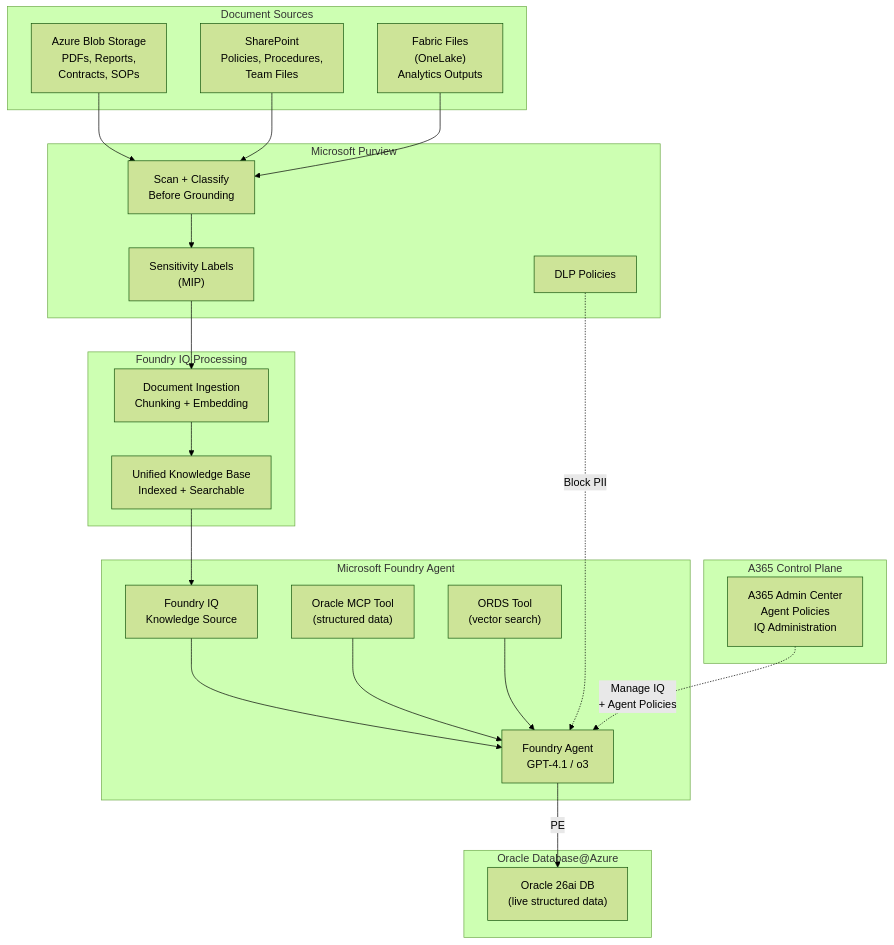
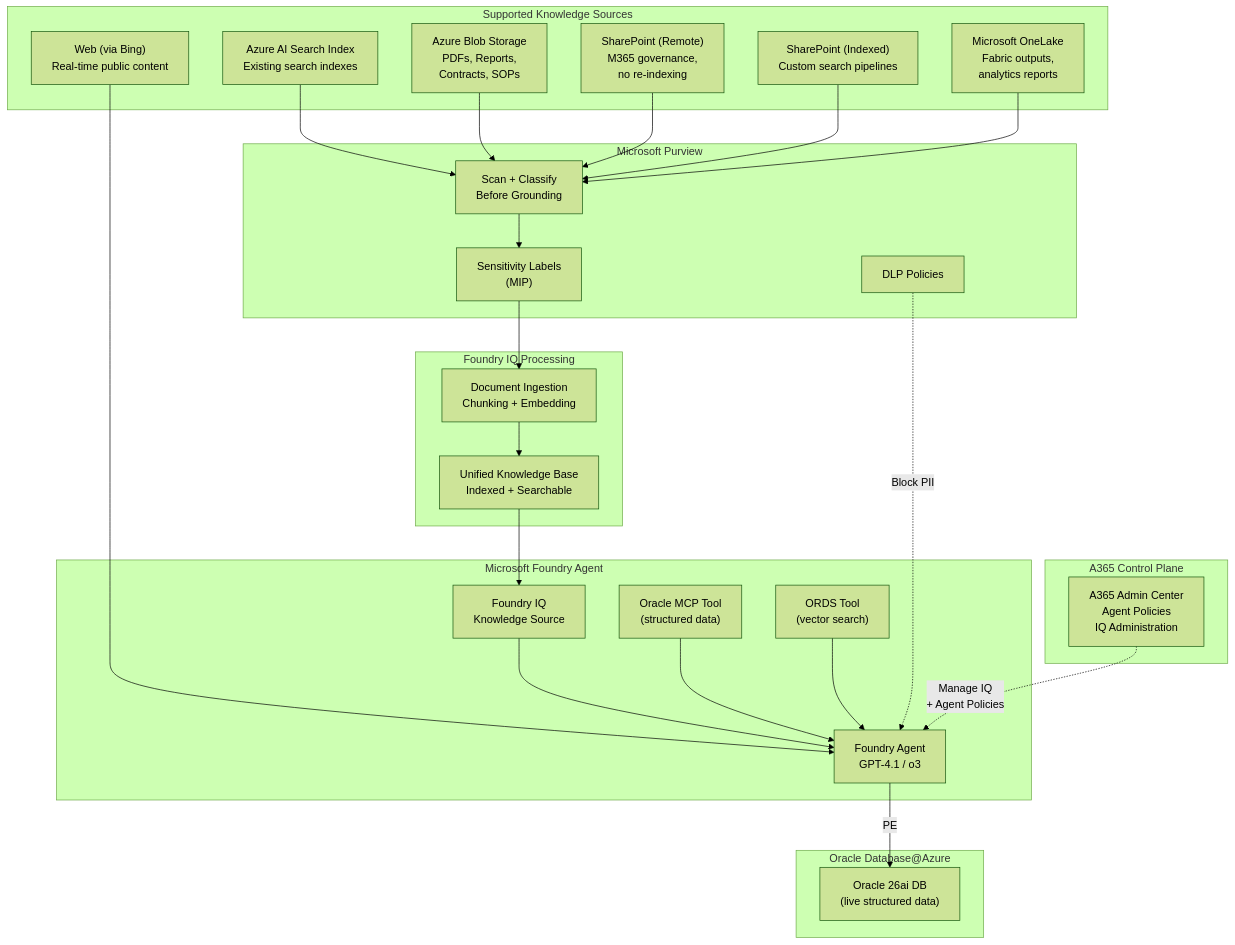
The third of 5 diagrams in docs/06-fabric-data-agents.md (ryellajo12/ODAA-AI-Playbook), drawn with Mermaid (forest theme) before and after one commit. The commit also changed other lines of this file, not shown here.

Commit message:
Update Foundry IQ with accurate supported knowledge sources (AI Search, Blob, Web, SharePoint Remote/Indexed, OneLake)

````diff
--- a/docs/06-fabric-data-agents.md
+++ b/docs/06-fabric-data-agents.md
@@ -335,48 +350,54 @@
 ```mermaid
 graph TB
-    subgraph DocSources["Document Sources"]
+    subgraph DocSources["Supported Knowledge Sources"]
+        AISEARCH["Azure AI Search Index<br/>Existing search indexes"]
         BLOB["Azure Blob Storage<br/>PDFs, Reports,<br/>Contracts, SOPs"]
-        SP["SharePoint<br/>Policies, Procedures,<br/>Team Files"]
-        FL["Fabric Files<br/>(OneLake)<br/>Analytics Outputs"]
+        WEB["Web (via Bing)<br/>Real-time public content"]
+        SP_R["SharePoint (Remote)<br/>M365 governance,<br/>no re-indexing"]
+        SP_I["SharePoint (Indexed)<br/>Custom search pipelines"]
+        OL["Microsoft OneLake<br/>Fabric outputs,<br/>analytics reports"]
     end
 
     subgraph FoundryIQ["Foundry IQ Processing"]
         INGEST["Document Ingestion<br/>Chunking + Embedding"]
         KB["Unified Knowledge Base<br/>Indexed + Searchable"]
     end
 
     subgraph Purview["Microsoft Purview"]
         SCAN["Scan + Classify<br/>Before Grounding"]
         LABEL["Sensitivity Labels<br/>(MIP)"]
         DLP["DLP Policies"]
     end
 
     subgraph Foundry["Microsoft Foundry Agent"]
         FA["Foundry Agent<br/>GPT-4.1 / o3"]
         MCP_T["Oracle MCP Tool<br/>(structured data)"]
         ORDS_T["ORDS Tool<br/>(vector search)"]
         IQ_K["Foundry IQ<br/>Knowledge Source"]
     end
 
     subgraph ODA["Oracle Database@Azure"]
         ODB["Oracle 26ai DB<br/>(live structured data)"]
     end
 
     subgraph Governance["A365 Control Plane"]
         A365["A365 Admin Center<br/>Agent Policies<br/>IQ Administration"]
     end
 
+    AISEARCH --> SCAN
     BLOB --> SCAN
-    SP --> SCAN
-    FL --> SCAN
+    WEB --> FA
+    SP_R --> SCAN
+    SP_I --> SCAN
+    OL --> SCAN
     SCAN --> LABEL
     LABEL --> INGEST
     INGEST --> KB
     KB --> IQ_K
     IQ_K --> FA
     MCP_T --> FA
     ORDS_T --> FA
     FA -->|"PE"| ODB
     DLP -.->|"Block PII"| FA
     A365 -.->|"Manage IQ<br/>+ Agent Policies"| FA
 ```
````
